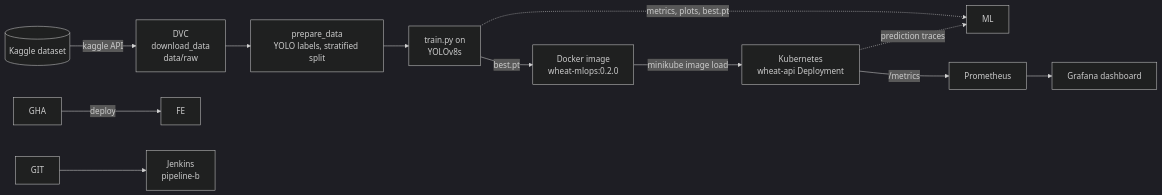
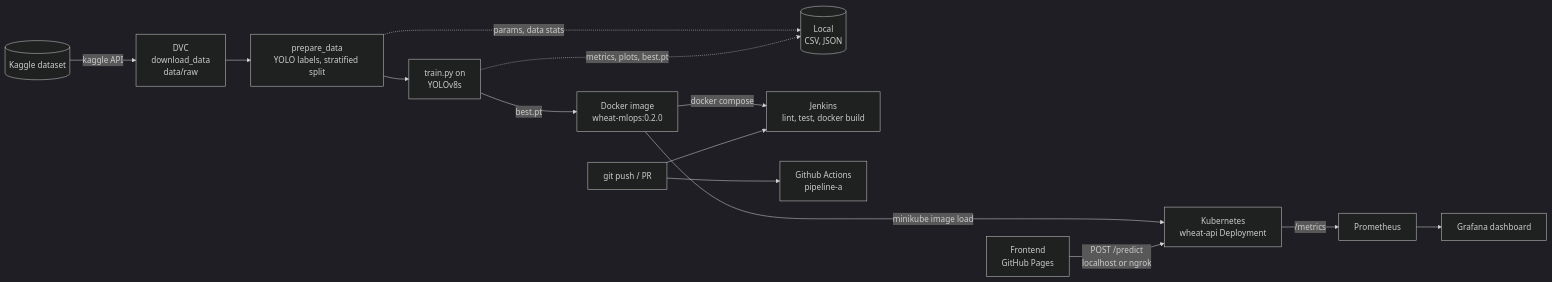
The diagram in README.md (Saatvik-Sinha/wheat-mlops), drawn with Mermaid (dark theme) before and after one commit. The commit also changed other lines of this file, not shown here.

````diff
--- a/README.md
+++ b/README.md
@@ -63,14 +63,16 @@
 ```mermaid
 flowchart LR
     K[(Kaggle dataset)] -->|kaggle API| DVC[DVC<br/>download_data<br/>data/raw]
     DVC --> PREP[prepare_data<br/>YOLO labels, stratified split]
     PREP --> TRAIN[train.py on <br/>YOLOv8s]
+    PREP -...->|"params, data stats"| ML[(Local<br/>CSV, JSON)]
     TRAIN -.->|"metrics, plots, best.pt"| ML
     TRAIN -->|best.pt| DOCKER[Docker image<br/>wheat-mlops:0.2.0]
-    DOCKER -->|minikube image load| K8S[Kubernetes<br/>wheat-api Deployment]
+    DOCKER ---->|minikube image load| K8S[Kubernetes<br/>wheat-api Deployment]
+    DOCKER -->|docker compose| JEN
     K8S -->|/metrics| PROM[Prometheus]
     PROM --> GRAF[Grafana dashboard]
-    K8S -.->|"prediction traces"| ML
-    GHA -->|deploy| FE
-    GIT --> JEN[Jenkins<br/>pipeline-b]
+    FE[Frontend<br/>GitHub Pages] -->|POST /predict<br/>localhost or ngrok| K8S
+    GIT[git push / PR] --> JEN[Jenkins<br/>lint, test, docker build]
+    GIT --> GHA[Github Actions<br/>pipeline-a]
 ```
````
